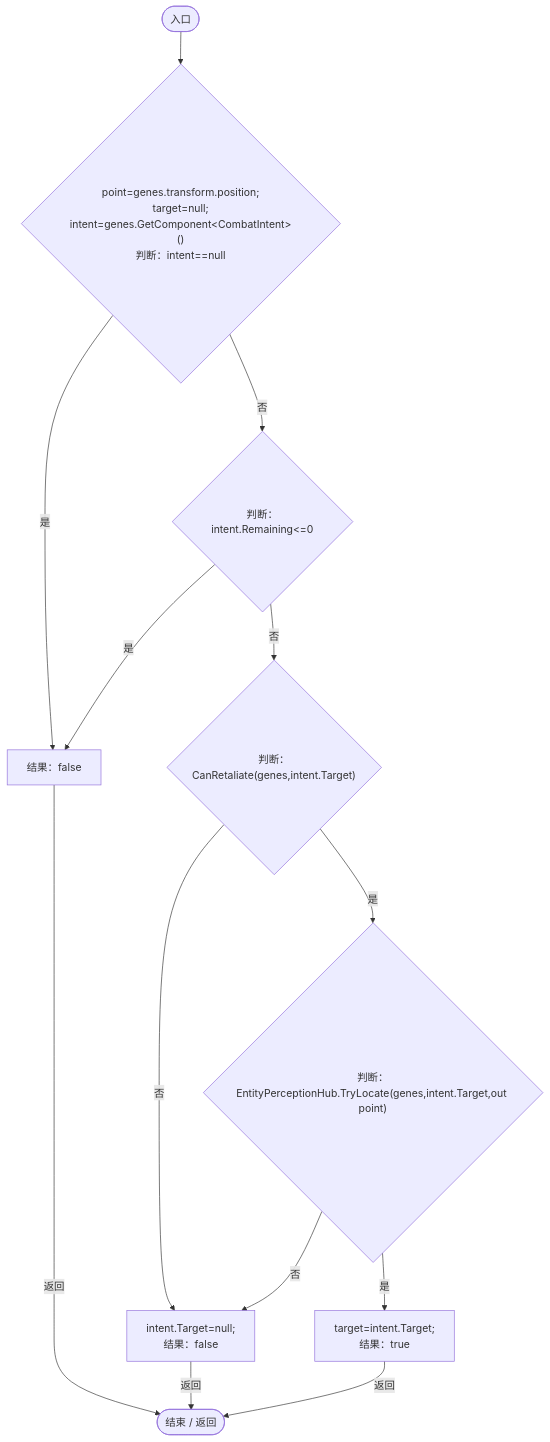
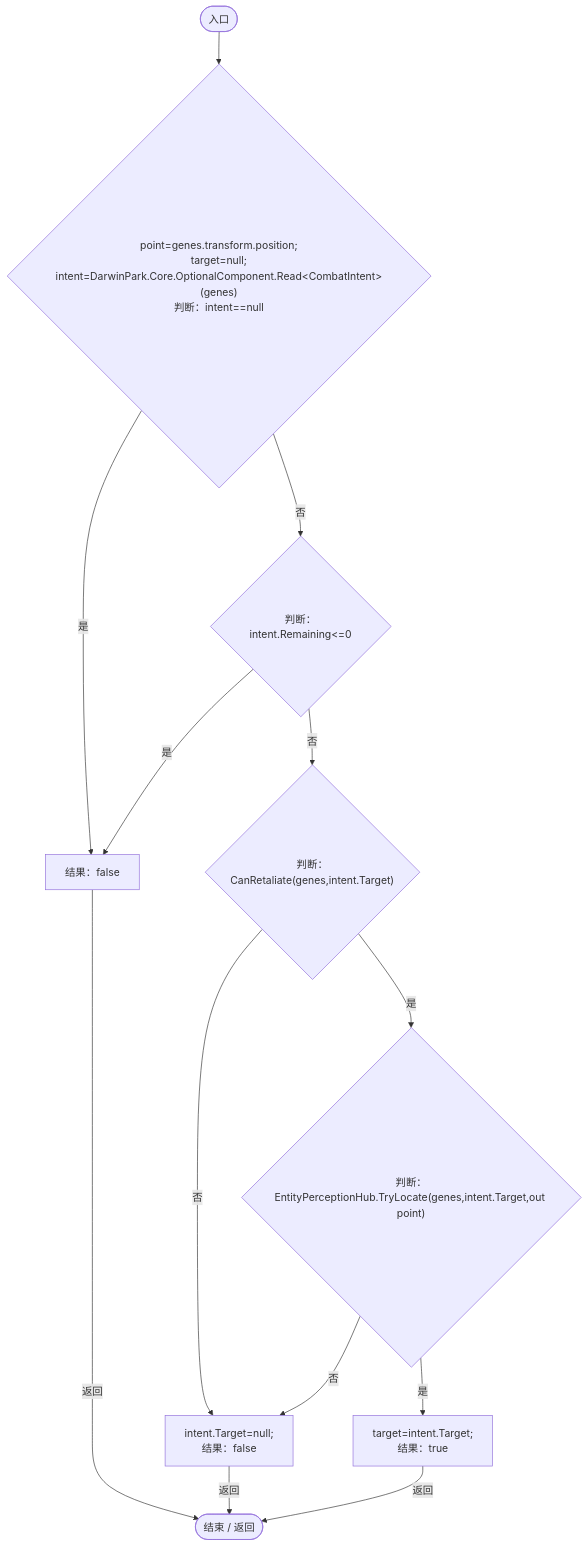
Before and after one commit to xhs6666/Darwin_paradise: the tenth of 13 diagrams in Docs/运行流程图/脚本/34193b994b2c0894.md, drawn with Mermaid. The commit also changed other lines of this file and 297 other files, not shown here.

````diff
--- a/Docs/运行流程图/脚本/34193b994b2c0894.md
+++ b/Docs/运行流程图/脚本/34193b994b2c0894.md
@@ -260,25 +260,25 @@
 ```mermaid
 flowchart TD
   b0(["入口"])
-  b1{"point=genes.transform.position;<br/>target=null;<br/>intent=genes.GetComponent&lt;CombatIntent&gt;()<br/>判断：intent==null"}
+  b1{"point=genes.transform.position;<br/>target=null;<br/>intent=DarwinPark.Core.OptionalComponent.Read&lt;CombatIntent&gt;(genes)<br/>判断：intent==null"}
   b2{"判断：intent.Remaining&lt;=0"}
   b3["结果：false"]
   b4{"判断：CanRetaliate(genes,intent.Target)"}
   b5{"判断：EntityPerceptionHub.TryLocate(genes,intent.Target,out point)"}
   b6["intent.Target=null;<br/>结果：false"]
   b7["target=intent.Target;<br/>结果：true"]
   b8(["结束 / 返回"])
   b0 --> b1
   b1 -->|"否"| b2
   b1 -->|"是"| b3
   b2 -->|"是"| b3
   b2 -->|"否"| b4
   b3 -->|"返回"| b8
   b4 -->|"是"| b5
   b4 -->|"否"| b6
   b5 -->|"否"| b6
   b5 -->|"是"| b7
   b6 -->|"返回"| b8
   b7 -->|"返回"| b8
 
 ```
````
